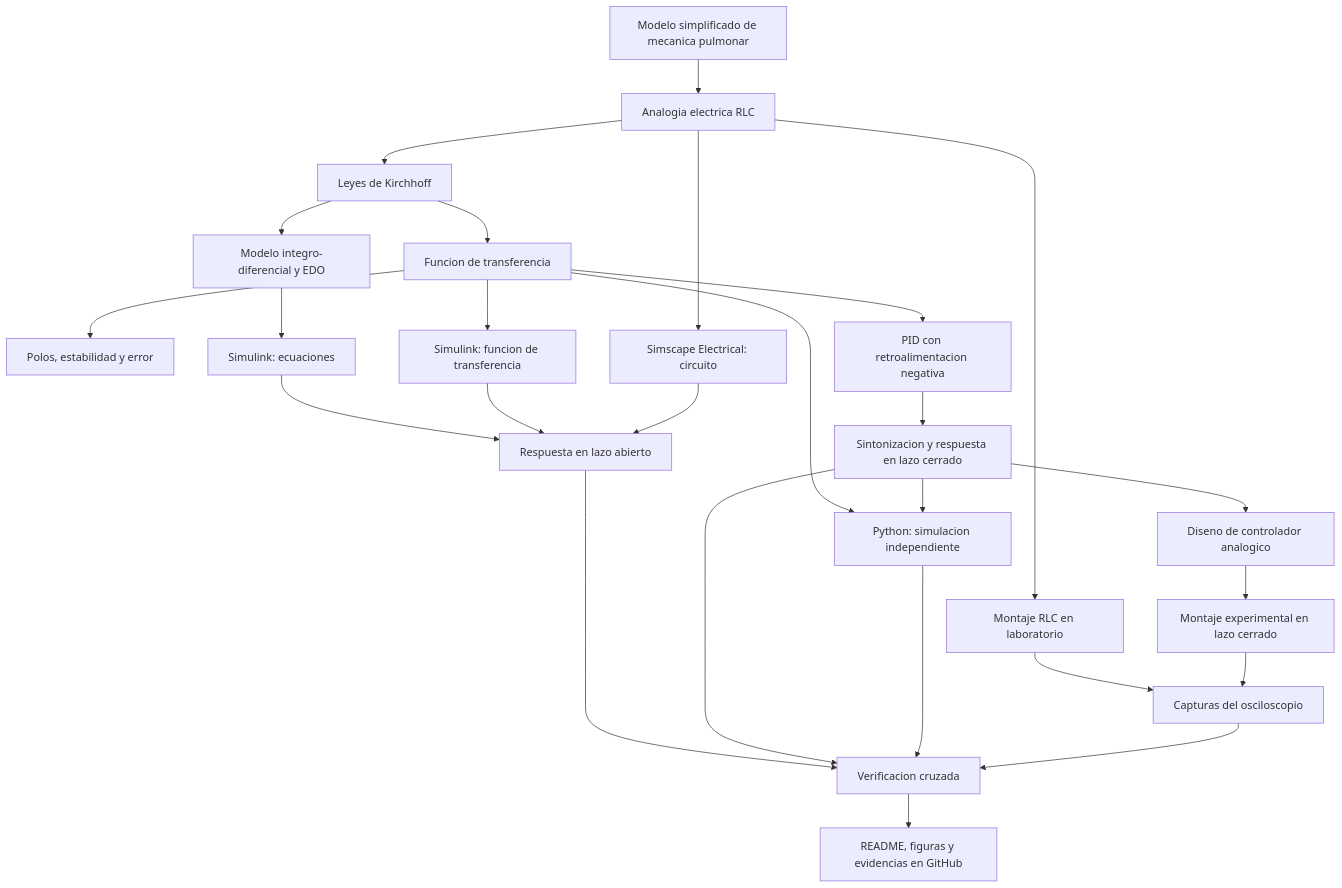
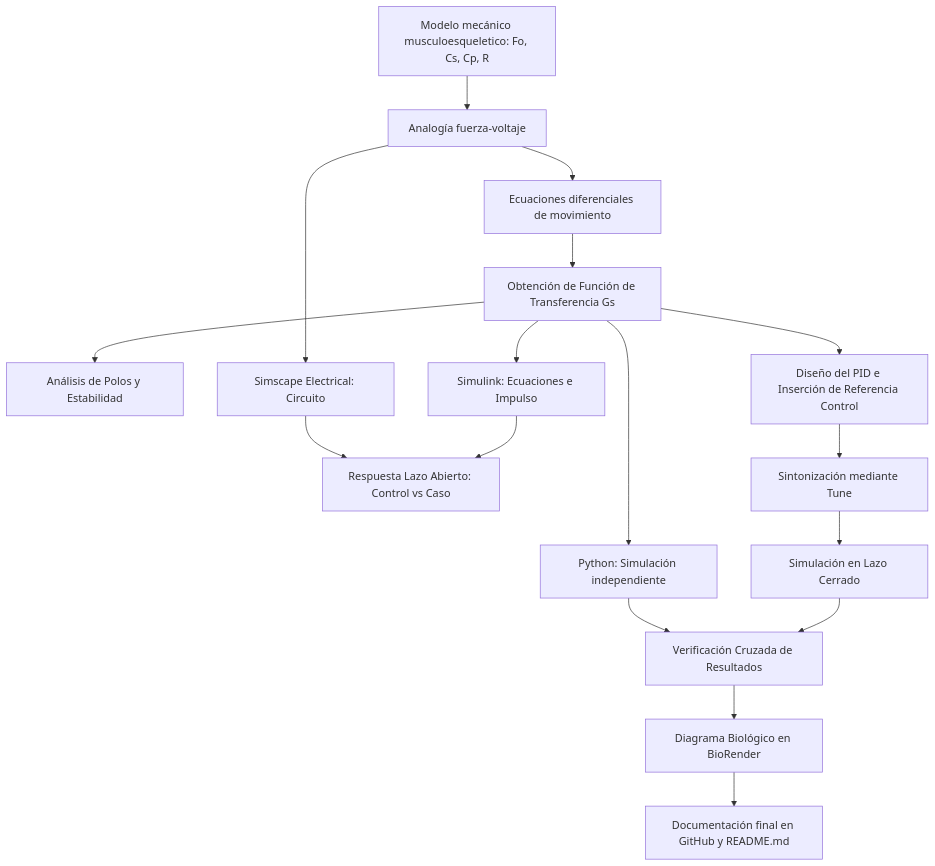
Before and after one commit to EmiCrack132/MSFP3: the diagram in README.md, drawn with Mermaid. The commit also changed other lines of this file, not shown here.

````diff
--- a/README.md
+++ b/README.md
@@ -467,28 +256,19 @@
 ```mermaid
 flowchart TD
-    A[Modelo simplificado de mecanica pulmonar] --> B[Analogia electrica RLC]
-    B --> C[Leyes de Kirchhoff]
-    C --> D[Modelo integro-diferencial y EDO]
-    C --> E[Funcion de transferencia]
-    E --> F[Polos, estabilidad y error]
-    D --> G[Simulink: ecuaciones]
-    E --> H[Simulink: funcion de transferencia]
-    B --> I[Simscape Electrical: circuito]
-    G --> J[Respuesta en lazo abierto]
-    H --> J
-    I --> J
-    E --> K[PID con retroalimentacion negativa]
-    K --> L[Sintonizacion y respuesta en lazo cerrado]
-    E --> M[Python: simulacion independiente]
+    A[Modelo mecánico musculoesqueletico: Fo, Cs, Cp, R] --> B[Analogía fuerza-voltaje]
+    B --> C[Ecuaciones diferenciales de movimiento]
+    C --> D[Obtención de Función de Transferencia Gs]
+    D --> E[Análisis de Polos y Estabilidad]
+    D --> F[Simulink: Ecuaciones e Impulso]
+    B --> G[Simscape Electrical: Circuito]
+    F --> H[Respuesta Lazo Abierto: Control vs Caso]
+    G --> H
+    D --> I[Diseño del PID e Inserción de Referencia Control]
+    I --> J[Sintonización mediante Tune]
+    J --> K[Simulación en Lazo Cerrado]
+    D --> L[Python: Simulación independiente]
+    K --> M[Verificación Cruzada de Resultados]
     L --> M
-    L --> N[Diseno de controlador analogico]
-    B --> O[Montaje RLC en laboratorio]
-    N --> P[Montaje experimental en lazo cerrado]
-    O --> Q[Capturas del osciloscopio]
-    P --> Q
-    J --> R[Verificacion cruzada]
-    L --> R
-    M --> R
-    Q --> R
-    R --> S[README, figuras y evidencias en GitHub]
+    M --> N[Diagrama Biológico en BioRender]
+    N --> O[Documentación final en GitHub y README.md]
 ```
````
